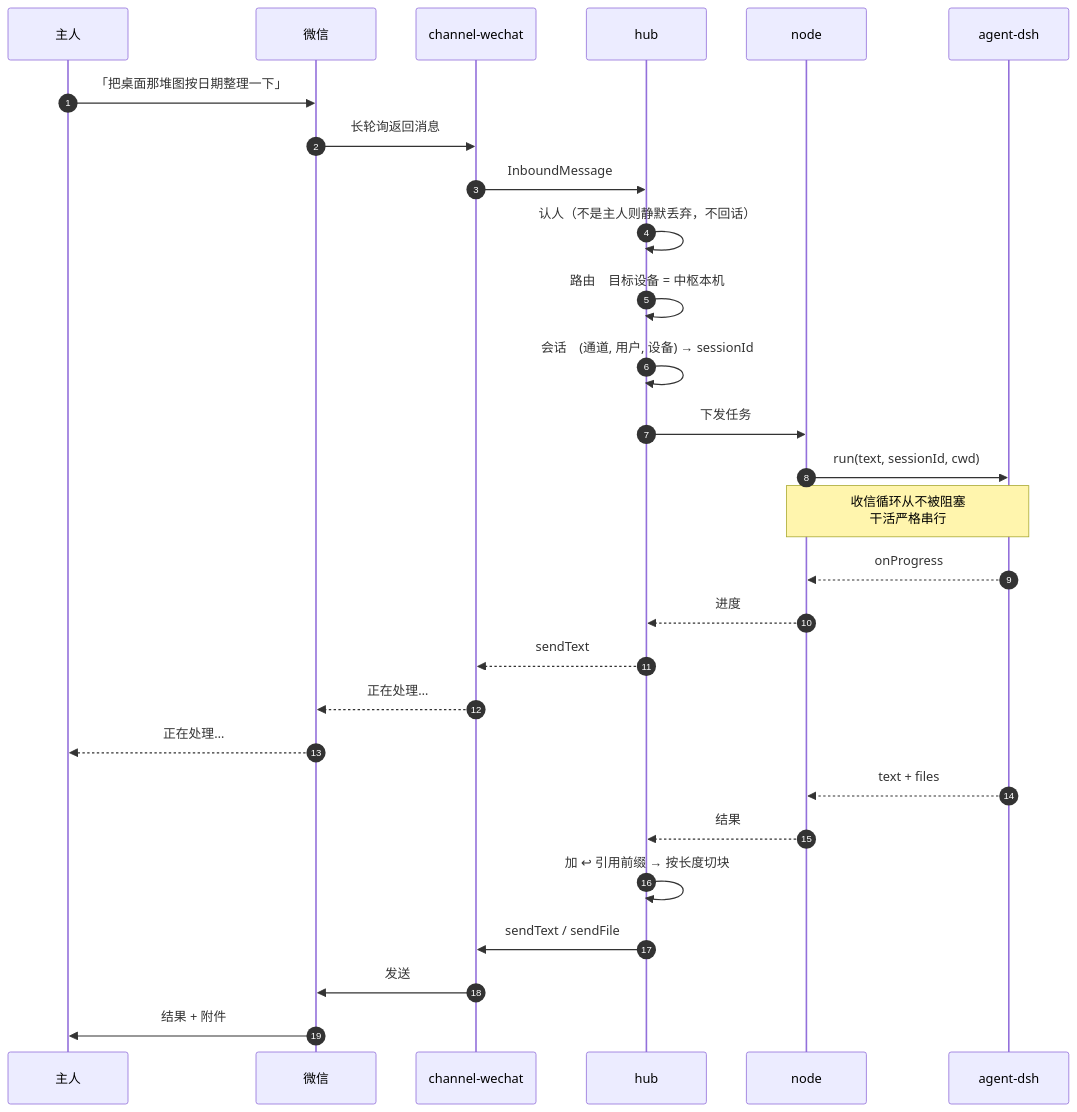
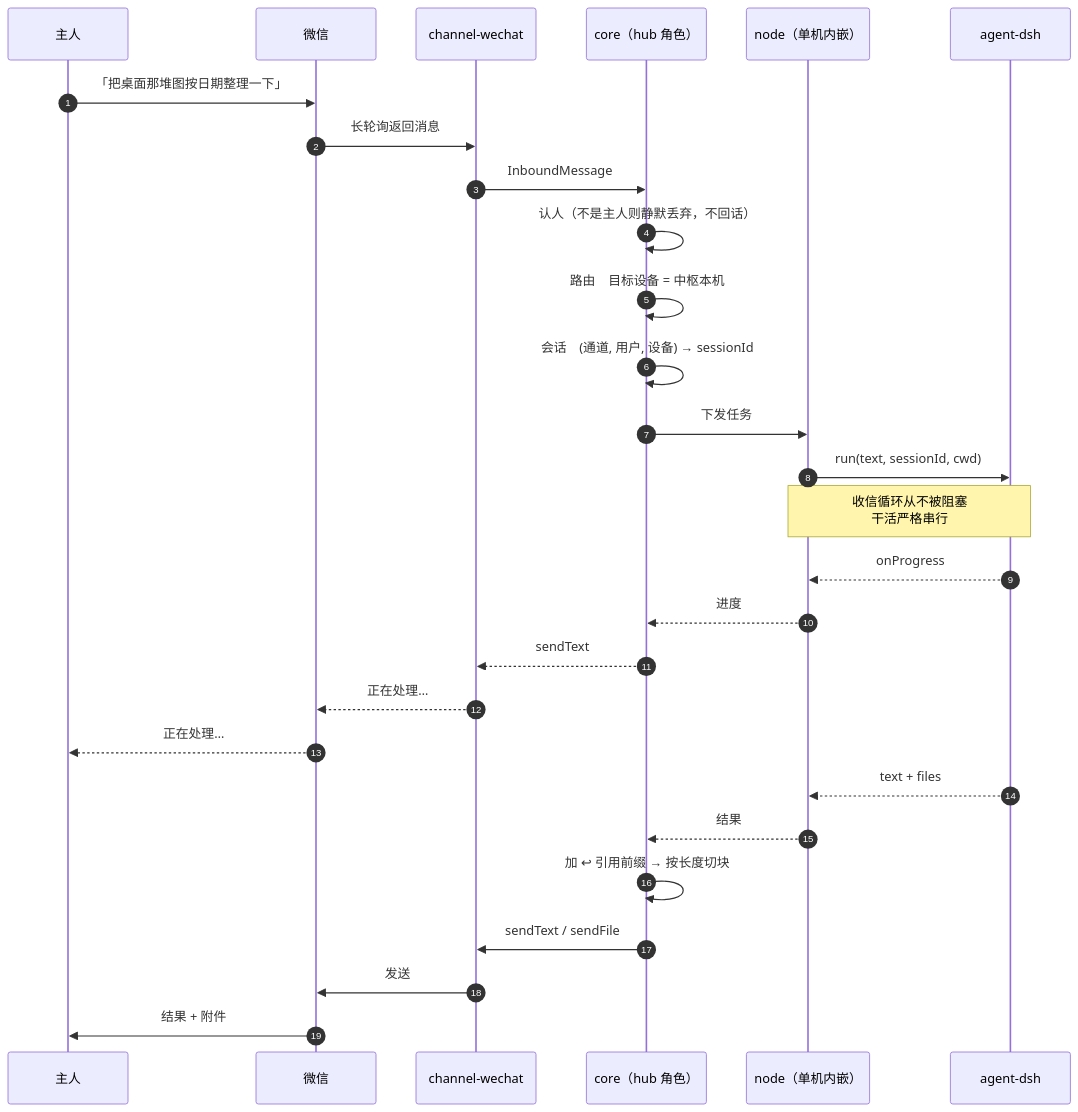
Before and after one commit to Leowuqunqun/ai-butler: the diagram in docs/diagrams/tech-05-seq-inbound.mmd, drawn with Mermaid. The commit also changed 14 other files, not shown here.

First line of the commit message:
docs(diagrams): 7 张图对齐现状 —— hub/node 是角色、M 标签换成真实状态、类名改对

```diff
--- a/docs/diagrams/tech-05-seq-inbound.mmd
+++ b/docs/diagrams/tech-05-seq-inbound.mmd
@@ -1,29 +1,29 @@
 sequenceDiagram
     autonumber
     participant U as 主人
     participant WX as 微信
     participant CH as channel-wechat
-    participant H as hub
-    participant N as node
+    participant H as core（hub 角色）
+    participant N as node（单机内嵌）
     participant A as agent-dsh
 
     U->>WX: 「把桌面那堆图按日期整理一下」
     WX->>CH: 长轮询返回消息
     CH->>H: InboundMessage
     H->>H: 认人（不是主人则静默丢弃，不回话）
     H->>H: 路由　目标设备 = 中枢本机
     H->>H: 会话　(通道, 用户, 设备) → sessionId
     H->>N: 下发任务
     N->>A: run(text, sessionId, cwd)
     Note over A,N: 收信循环从不被阻塞<br/>干活严格串行
     A-->>N: onProgress
     N-->>H: 进度
     H-->>CH: sendText
     CH-->>WX: 正在处理…
     WX-->>U: 正在处理…
     A-->>N: text + files
     N-->>H: 结果
     H->>H: 加 ↩ 引用前缀 → 按长度切块
     H->>CH: sendText / sendFile
     CH->>WX: 发送
     WX->>U: 结果 + 附件
```
